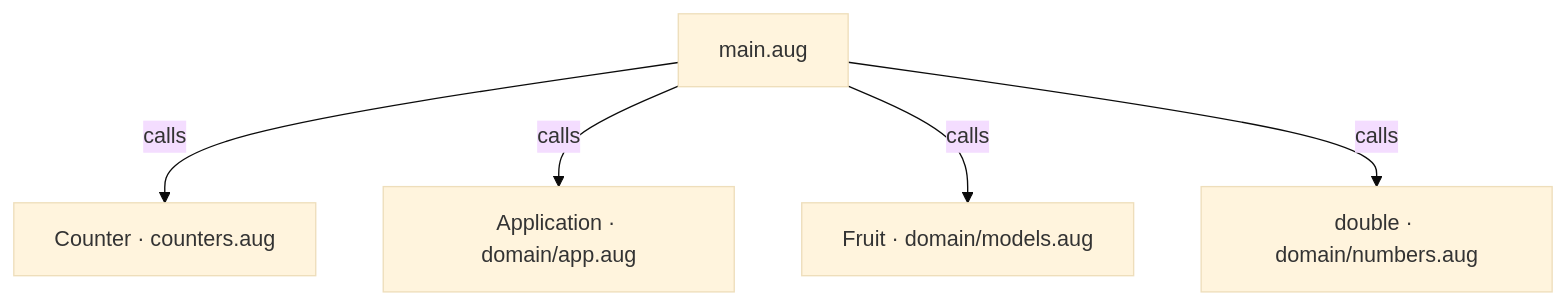
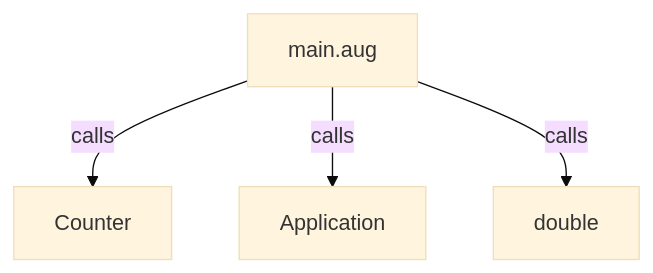
Before and after one commit to GreenPandaStudios/augscript: the first of 4 diagrams in docs/examples/approved-design/main-diagrams.md, drawn with Mermaid (base theme). The commit also changed other lines of this file and 524 other files, not shown here.

Commit message:
Explain checked data flow at folder and service levels

````diff
--- a/docs/examples/approved-design/main-diagrams.md
+++ b/docs/examples/approved-design/main-diagrams.md
@@ -19,12 +19,10 @@
 ```mermaid
 flowchart TD
-    n0["Counter · counters.aug"]
-    n1["Application · domain/app.aug"]
-    n2["Fruit · domain/models.aug"]
-    n3["double · domain/numbers.aug"]
-    n4["main.aug"]
-    n4 -->|"calls"| n0
-    n4 -->|"calls"| n1
-    n4 -->|"calls"| n2
-    n4 -->|"calls"| n3
+    n0["Counter"]
+    n1["Application"]
+    n2["double"]
+    n3["main.aug"]
+    n3 -->|"calls"| n0
+    n3 -->|"calls"| n1
+    n3 -->|"calls"| n2
 ```
````
